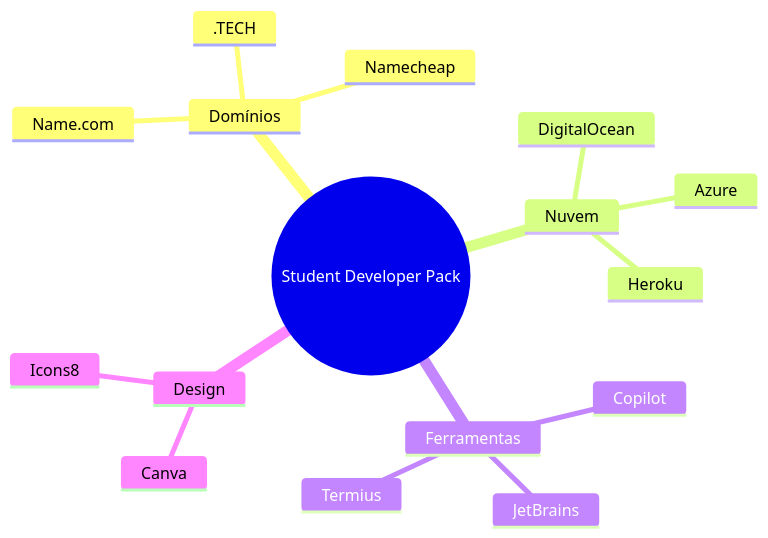
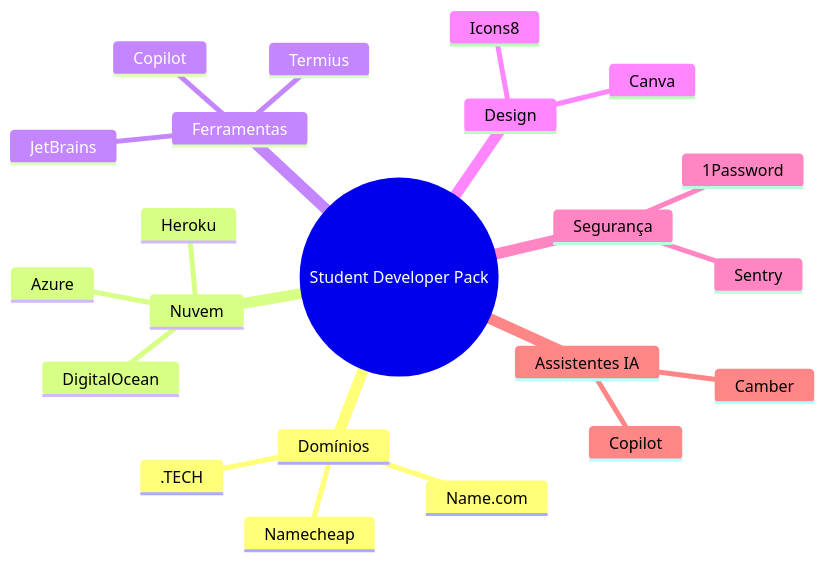
One commit to Genovese-Felipe/student-pack changed the third of 4 diagrams in README.md. Above: the diagram before and after it, drawn with Mermaid. The commit also changed other lines of this file and 6 other files, not shown here.

````diff
--- a/README.md
+++ b/README.md
@@ -67,19 +107,25 @@
 ```mermaid
 mindmap
   root((Student Developer Pack))
     Domínios
       Name.com
       Namecheap
       .TECH
     Nuvem
       DigitalOcean
       Azure
       Heroku
     Ferramentas
       Copilot
       JetBrains
       Termius
     Design
       Canva
       Icons8
+    Segurança
+      1Password
+      Sentry
+    Assistentes IA
+      Copilot
+      Camber
 ```
````
